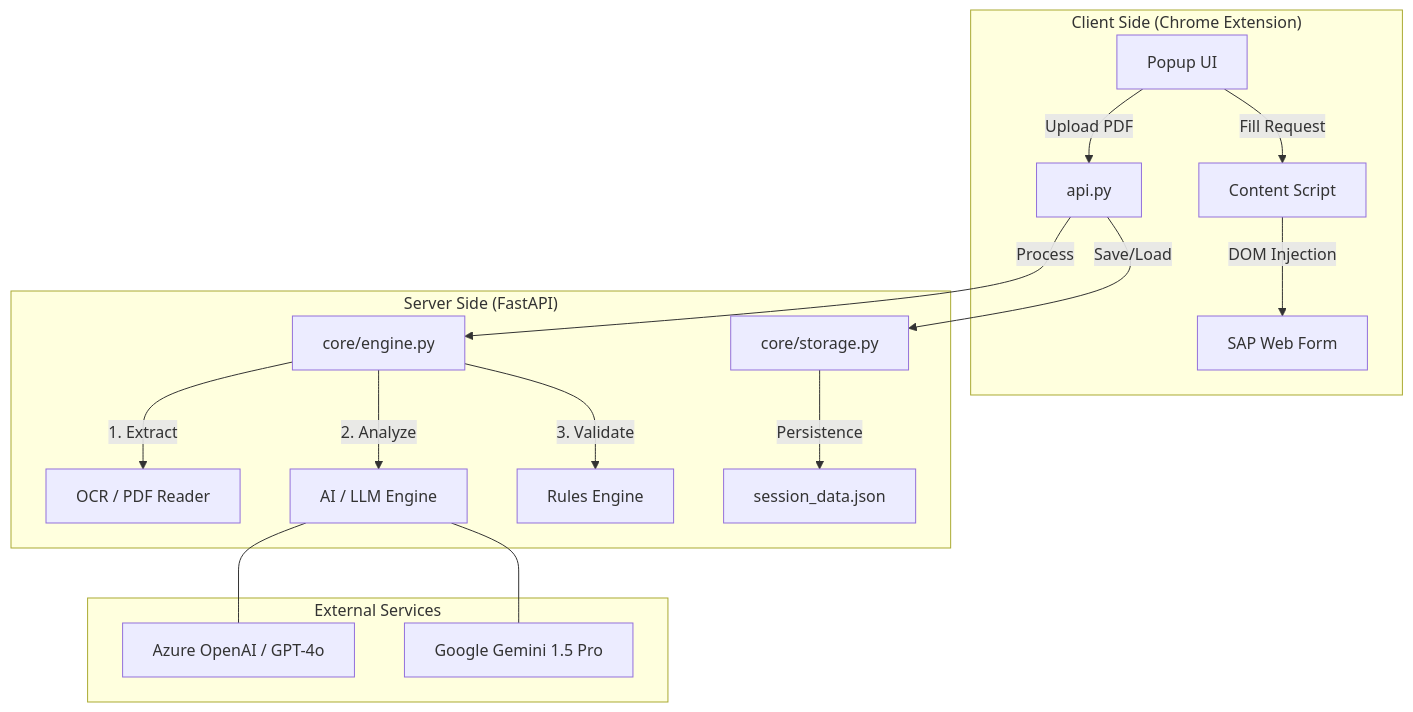
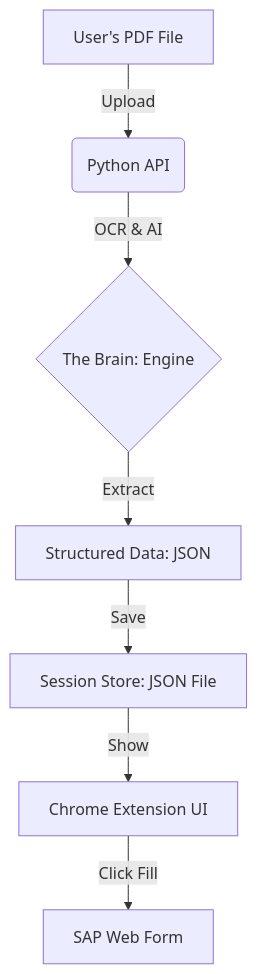
Before and after one commit to Mmbsaksd/invoice_extention: the diagram in README.md, drawn with Mermaid. The commit also changed other lines of this file and 1 other file, not shown here.

````diff
--- a/README.md
+++ b/README.md
@@ -11,22 +11,9 @@
 ```mermaid
-graph TD
-    subgraph "Client Side (Chrome Extension)"
-        ExtUI[Popup UI] -->|Upload PDF| API
-        ExtUI -->|Fill Request| CS[Content Script]
-        CS -->|DOM Injection| SAP[SAP Web Form]
-    end
-
-    subgraph "Server Side (FastAPI)"
-        API[api.py] -->|Process| Engine[core/engine.py]
-        Engine -->|1. Extract| OCR[OCR / PDF Reader]
-        Engine -->|2. Analyze| LLM[AI / LLM Engine]
-        Engine -->|3. Validate| Validator[Rules Engine]
-        API -->|Save/Load| Store[core/storage.py]
-        Store -->|Persistence| JSON[session_data.json]
-    end
-
-    subgraph "External Services"
-        LLM --- OpenAI[Azure OpenAI / GPT-4o]
-        LLM --- Gemini[Google Gemini 1.5 Pro]
-    end
+flowchart TD
+    A[User's PDF File] -->|Upload| B(Python API)
+    B -->|OCR & AI| C{The Brain: Engine}
+    C -->|Extract| D[Structured Data: JSON]
+    D -->|Save| E[Session Store: JSON File]
+    E -->|Show| F[Chrome Extension UI]
+    F -->|Click Fill| G[SAP Web Form]
 ```
````
